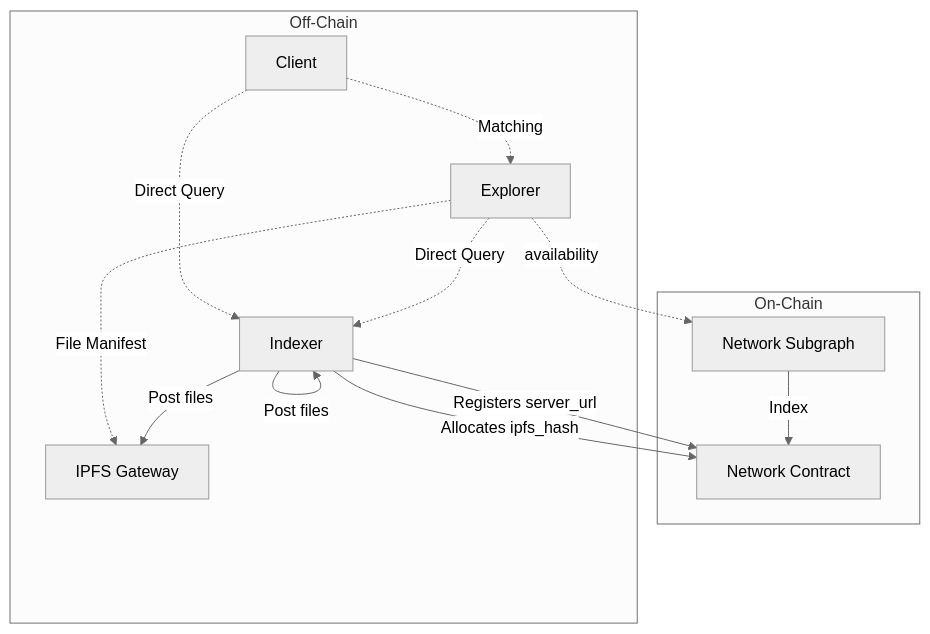
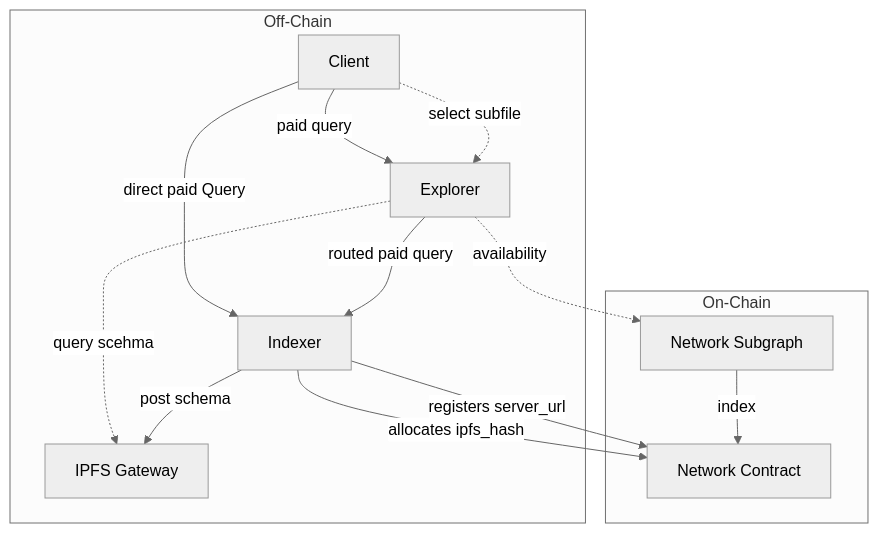
The third of 3 diagrams in docs/discovery.md (graphops/file-hosting-service), drawn with Mermaid (neutral theme) before and after one commit. The commit also changed other lines of this file, not shown here.

````diff
--- a/docs/discovery.md
+++ b/docs/discovery.md
@@ -5,18 +117,17 @@
 ```mermaid
 graph TD
-    I[Indexer] -->|Post files| IPFS[IPFS Gateway]
-    I -->|Post files| I
-    I[Indexer] -->|Registers server_url| NC[Network Contract]
-    I[Indexer] -->|Allocates ipfs_hash| NC[Network Contract]
     subgraph "On-Chain"
-        NS[Network Subgraph] -->|Index| NC
+        NS[Network Subgraph] -->|index| NC
     end
     subgraph "Off-Chain"
+        I[Indexer] -->|registers server_url| NC[Network Contract]
+        I[Indexer] -->|allocates ipfs_hash| NC[Network Contract]
+        I[Indexer] -->|post schema| IPFS[IPFS Gateway]
         E[Explorer] -.->|availability| NS
-        C[Client] -.->|Matching| E
-        E -.->|File Manifest| IPFS
-        E -.->|Direct Query| I
-        C -.->|Direct Query| I
+        E -.->|query scehma| IPFS
+        C[Client] -.->|select subfile| E
+        C -->|paid query| E
+        E -->|routed paid query| I
+        C -->|direct paid Query| I
     end
-
 ```
````
